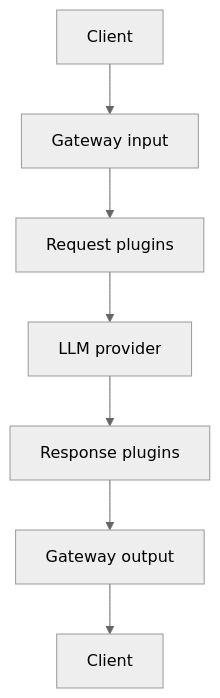
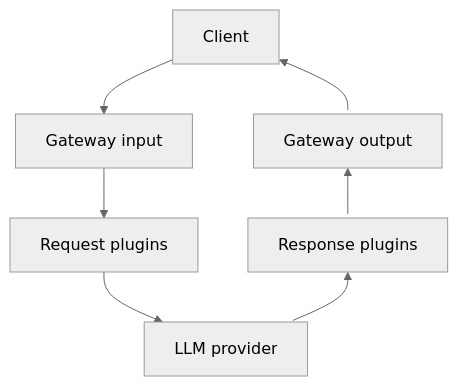
Before and after one commit to iteam7/gateway7: the second of 2 diagrams in docs/architecture/README.md, drawn with Mermaid (neutral theme). The commit also changed other lines of this file and 2 other files, not shown here.

Commit message:
Arrange customer flow down to provider and back up

````diff
--- a/docs/architecture/README.md
+++ b/docs/architecture/README.md
@@ -42,9 +43,11 @@
 ```mermaid
 flowchart TB
-    requestClient["Client"] --> gatewayInput["Gateway input"]
+    client["Client"] --> gatewayInput["Gateway input"]
     gatewayInput --> requestPlugins["Request plugins"]
     requestPlugins --> provider["LLM provider"]
-    provider --> responsePlugins["Response plugins"]
-    responsePlugins --> gatewayOutput["Gateway output"]
-    gatewayOutput --> responseClient["Client"]
+    client <--> gatewayOutput["Gateway output"]
+    gatewayOutput <--> responsePlugins["Response plugins"]
+    responsePlugins <--> provider
+    %% Keep only upward arrowheads on the response path.
+    linkStyle 3,4,5 marker-end:none
 ```
````
